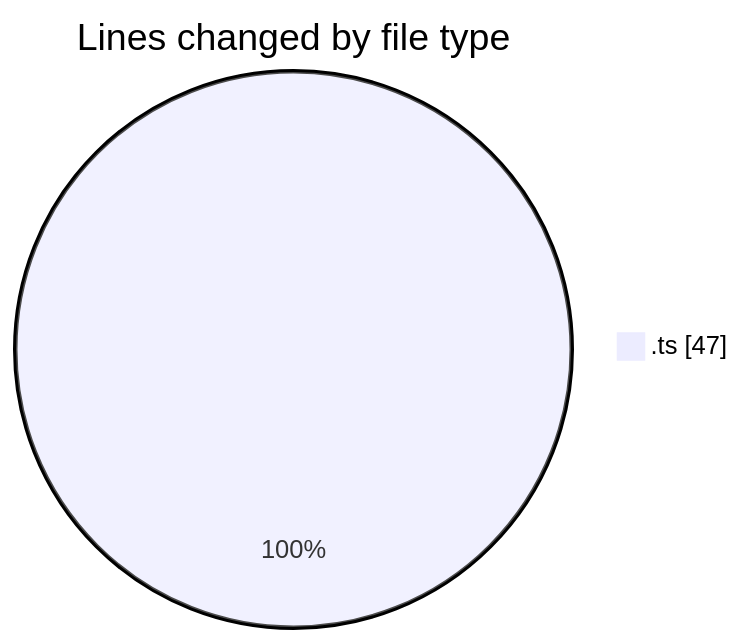
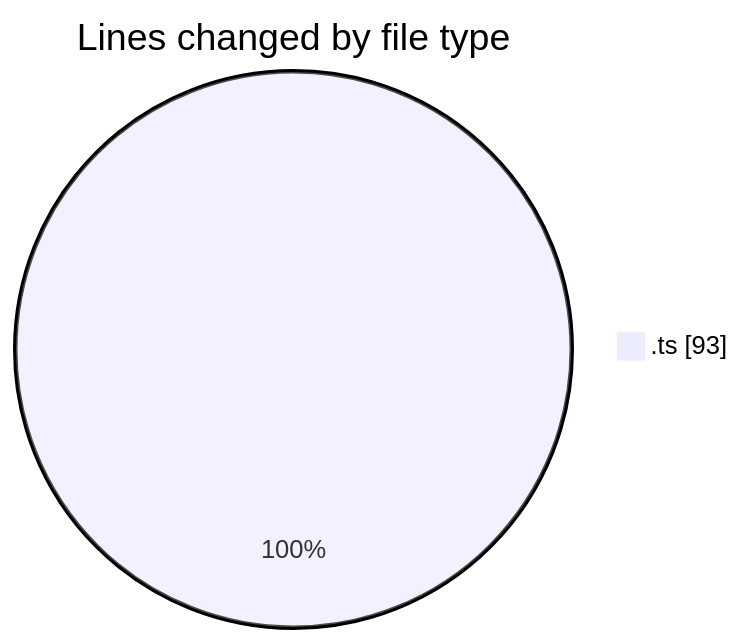
One commit to momahboobian/code-tracking changed the first of 2 diagrams in 2025-10-23/cda/README.md. Above: the diagram before and after it, drawn with Mermaid. The commit also changed other lines of this file and 1 other file, not shown here.

````diff
--- a/2025-10-23/cda/README.md
+++ b/2025-10-23/cda/README.md
@@ -21,5 +21,5 @@
 ```mermaid
 pie showData
 title Lines changed by file type
-".ts" : 47
+".ts" : 93
 ```
````
